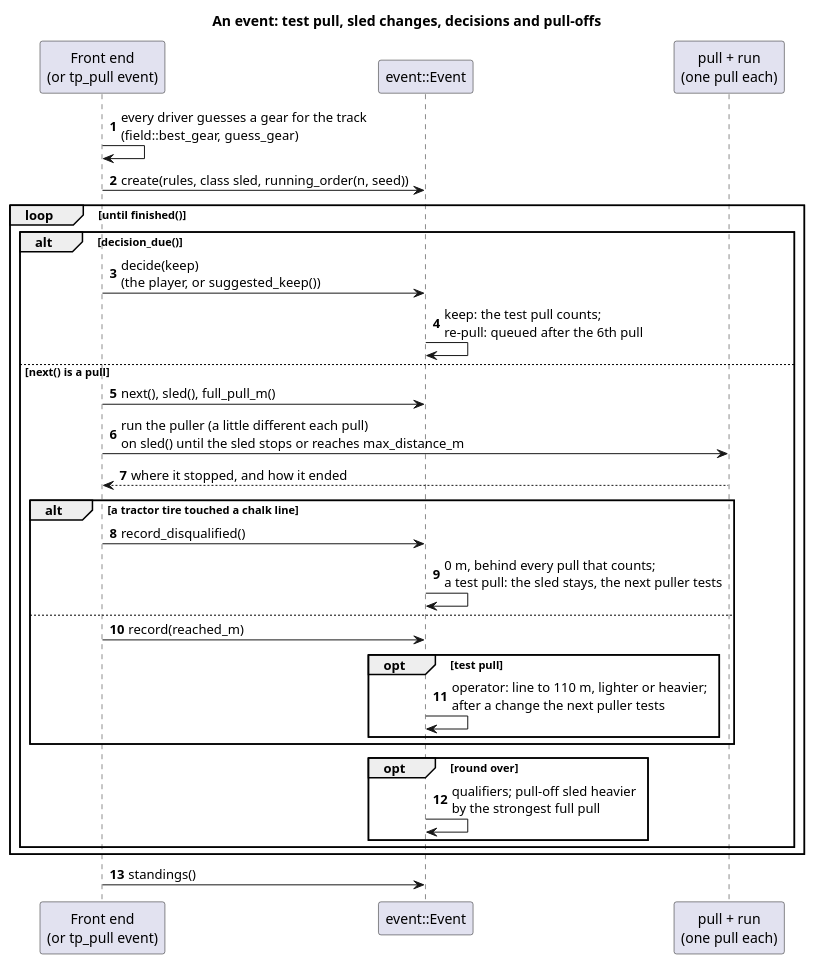
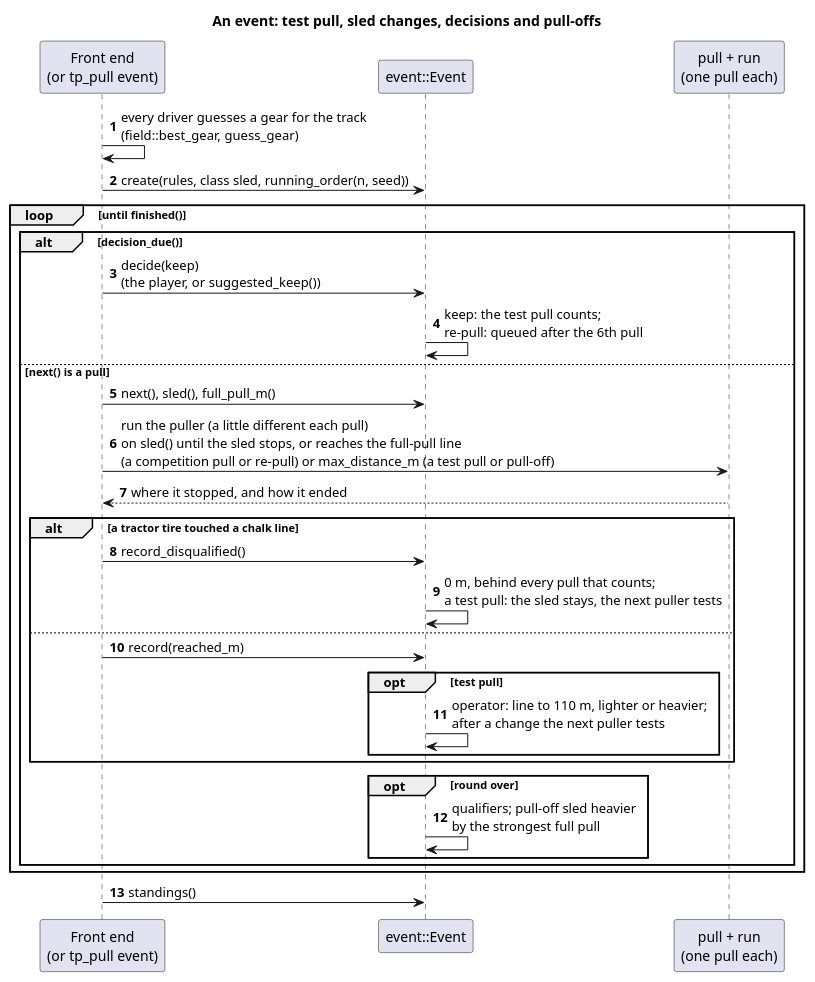
One commit to wversteeg/TractorPulling changed the diagram in docs/diagrams/event_sequence.puml. Above: the diagram before and after it, drawn with PlantUML. The commit also changed 10 other files, not shown here.

First line of the commit message:
Stop a competition pull at the full-pull line

```diff
--- a/docs/diagrams/event_sequence.puml
+++ b/docs/diagrams/event_sequence.puml
@@ -1,33 +1,33 @@
 @startuml event_sequence
 title An event: test pull, sled changes, decisions and pull-offs
 autonumber
 participant "Front end\n(or tp_pull event)" as Caller
 participant "event::Event" as Event
 participant "pull + run\n(one pull each)" as Run
 
 Caller -> Caller : every driver guesses a gear for the track\n(field::best_gear, guess_gear)
 Caller -> Event : create(rules, class sled, running_order(n, seed))
 loop until finished()
   alt decision_due()
     Caller -> Event : decide(keep)\n(the player, or suggested_keep())
     Event -> Event : keep: the test pull counts;\nre-pull: queued after the 6th pull
   else next() is a pull
     Caller -> Event : next(), sled(), full_pull_m()
-    Caller -> Run : run the puller (a little different each pull)\non sled() until the sled stops or reaches max_distance_m
+    Caller -> Run : run the puller (a little different each pull)\non sled() until the sled stops, or reaches the full-pull line\n(a competition pull or re-pull) or max_distance_m (a test pull or pull-off)
     Run --> Caller : where it stopped, and how it ended
     alt a tractor tire touched a chalk line
       Caller -> Event : record_disqualified()
       Event -> Event : 0 m, behind every pull that counts;\na test pull: the sled stays, the next puller tests
     else
       Caller -> Event : record(reached_m)
       opt test pull
         Event -> Event : operator: line to 110 m, lighter or heavier;\nafter a change the next puller tests
       end
     end
     opt round over
       Event -> Event : qualifiers; pull-off sled heavier\nby the strongest full pull
     end
   end
 end
 Caller -> Event : standings()
 @enduml
```
